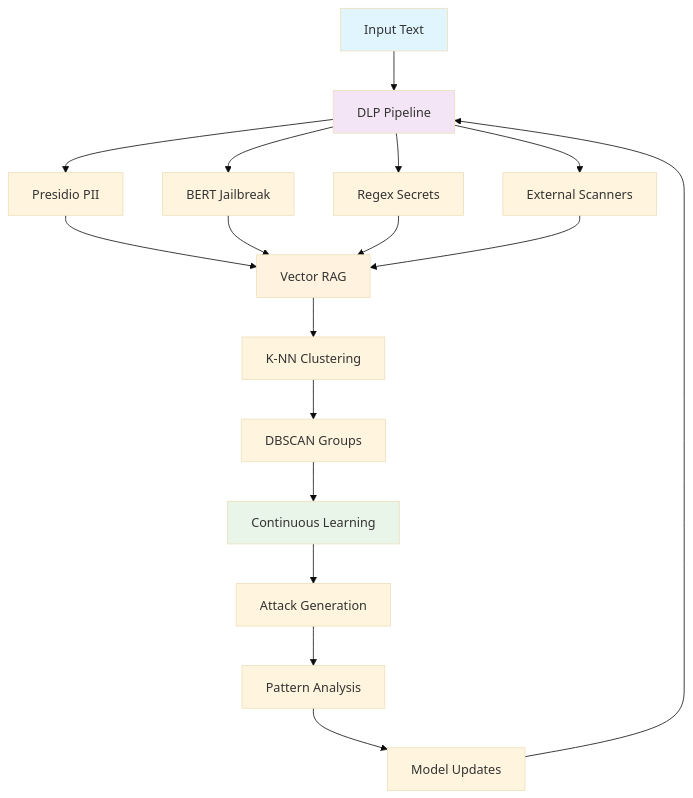
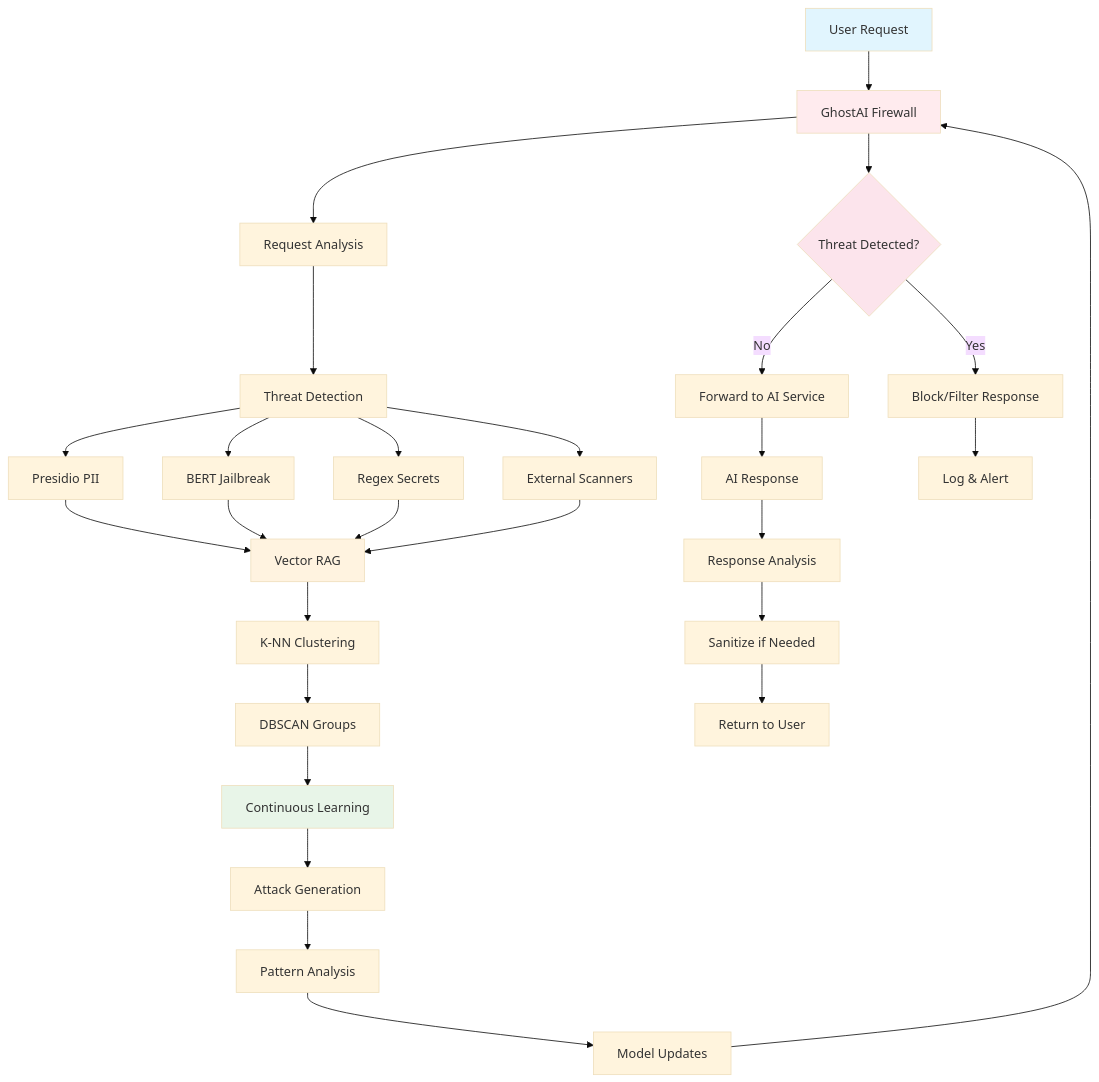
The diagram in README.md (GhostAIDLP/GhostAI_DLP), drawn with Mermaid (base theme) before and after one commit. The commit also changed other lines of this file and 5 other files, not shown here.

````diff
--- a/README.md
+++ b/README.md
@@ -187,27 +200,39 @@
 ```mermaid
 graph TB
-    A[Input Text] --> B[DLP Pipeline]
-    B --> C[Presidio PII]
-    B --> D[BERT Jailbreak]
-    B --> E[Regex Secrets]
-    B --> F[External Scanners]
+    A[User Request] --> B[GhostAI Firewall]
+    B --> C[Request Analysis]
+    C --> D[Threat Detection]
+    D --> E[Presidio PII]
+    D --> F[BERT Jailbreak]
+    D --> G[Regex Secrets]
+    D --> H[External Scanners]
     
-    C --> G[Vector RAG]
-    D --> G
-    E --> G
-    F --> G
+    E --> I[Vector RAG]
+    F --> I
+    G --> I
+    H --> I
     
-    G --> H[K-NN Clustering]
-    H --> I[DBSCAN Groups]
-    I --> J[Continuous Learning]
+    I --> J[K-NN Clustering]
+    J --> K[DBSCAN Groups]
+    K --> L[Continuous Learning]
     
-    J --> K[Attack Generation]
-    K --> L[Pattern Analysis]
-    L --> M[Model Updates]
-    M --> B
+    L --> M[Attack Generation]
+    M --> N[Pattern Analysis]
+    N --> O[Model Updates]
+    O --> B
+    
+    B --> P{Threat Detected?}
+    P -->|Yes| Q[Block/Filter Response]
+    P -->|No| R[Forward to AI Service]
+    R --> S[AI Response]
+    S --> T[Response Analysis]
+    T --> U[Sanitize if Needed]
+    U --> V[Return to User]
+    Q --> W[Log & Alert]
     
     style A fill:#e1f5fe
-    style B fill:#f3e5f5
-    style G fill:#fff3e0
-    style J fill:#e8f5e8
+    style B fill:#ffebee
+    style I fill:#fff3e0
+    style L fill:#e8f5e8
+    style P fill:#fce4ec
 ```
````
